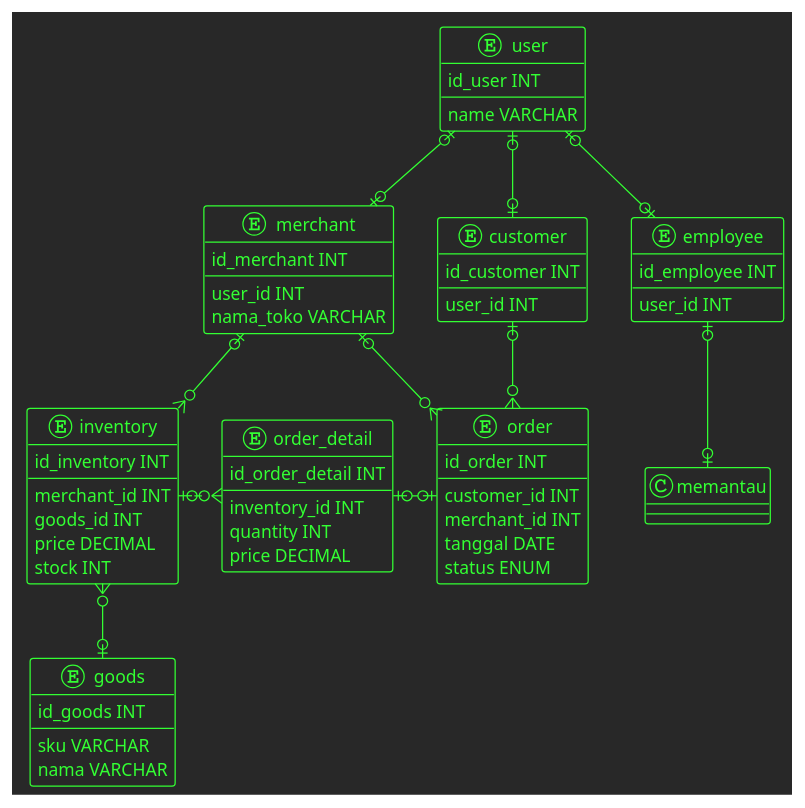
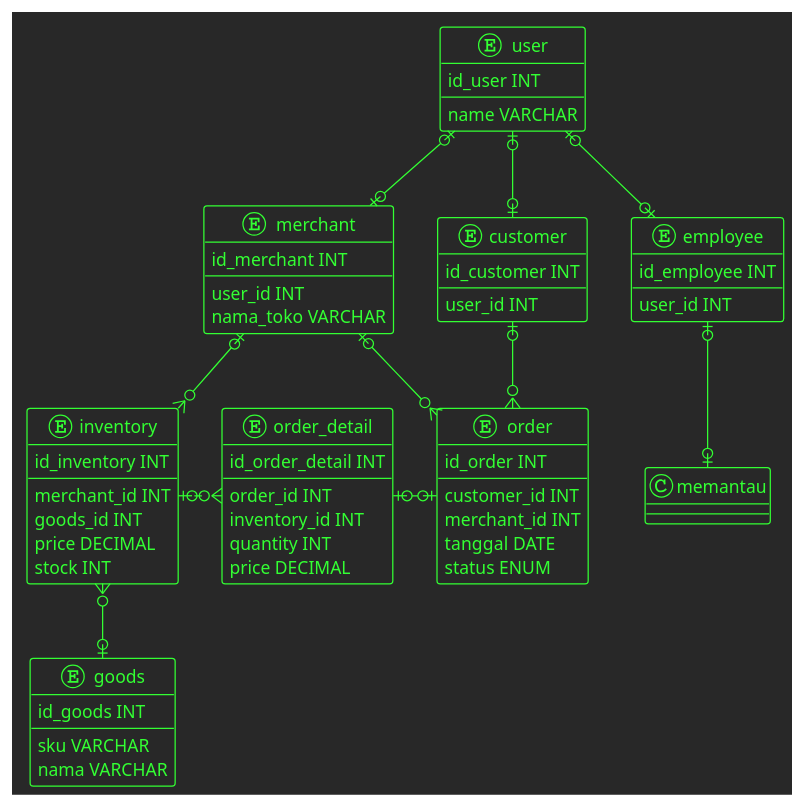
One commit to kaattuu/abucom_erd changed the diagram in abucom_erd.puml. Above: the diagram before and after it, drawn with PlantUML. The commit also changed 2 other files, not shown here.

```diff
--- a/abucom_erd.puml
+++ b/abucom_erd.puml
@@ -1,83 +1,84 @@
 @startuml
 !theme crt-green
 ' !theme crt-amber
 
 entity user {
     id_user INT
     --
     name VARCHAR
 }
 
 entity merchant {
     id_merchant INT
     --
     user_id INT
     nama_toko VARCHAR
 }
 
 entity customer {
     id_customer INT
     --
     user_id INT
 }
 
 entity employee {
     id_employee INT
     --
     user_id INT
 }
 
 entity inventory {
     id_inventory INT
     --
     merchant_id INT
     goods_id INT
     price DECIMAL
     stock INT
 }
 
 entity order {
     id_order INT
     --
     customer_id INT
     merchant_id INT
     tanggal DATE
     status ENUM
 }
 
 entity order_detail {
     id_order_detail INT
     --
+    order_id INT
     inventory_id INT
     quantity INT
     price DECIMAL
 }
 
 entity goods {
     id_goods INT
     --
     sku VARCHAR
     nama VARCHAR
 }
 
 
 
 
 user |o--o| merchant
 user |o--o| customer
 user |o--o| employee
 
 
 merchant |o--o{ inventory
 merchant |o--o{ order
 customer |o--o{ order
 employee |o--o| memantau
 
 inventory |o-o{ order_detail
 inventory }o--o| goods
 
 order_detail |o-o| order
 
 
 
 @enduml
```
